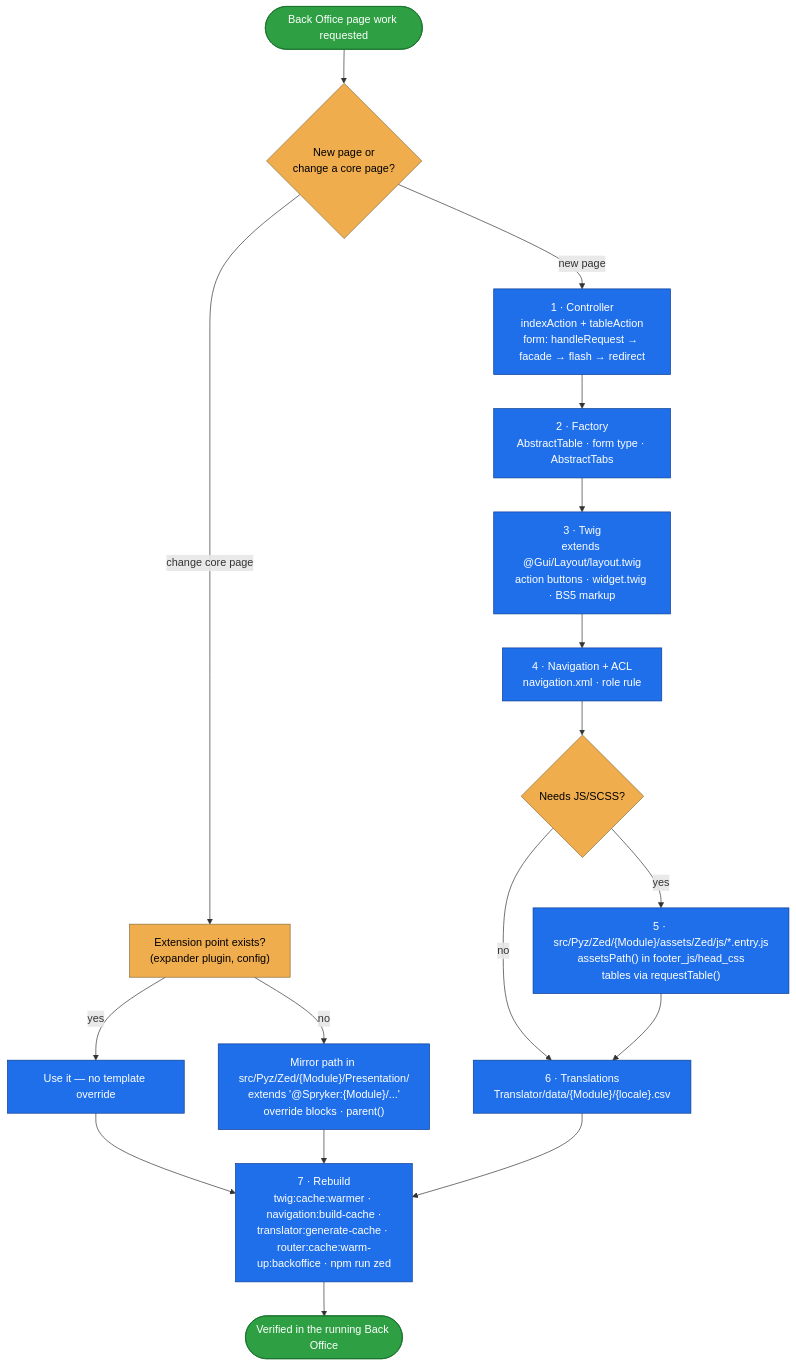
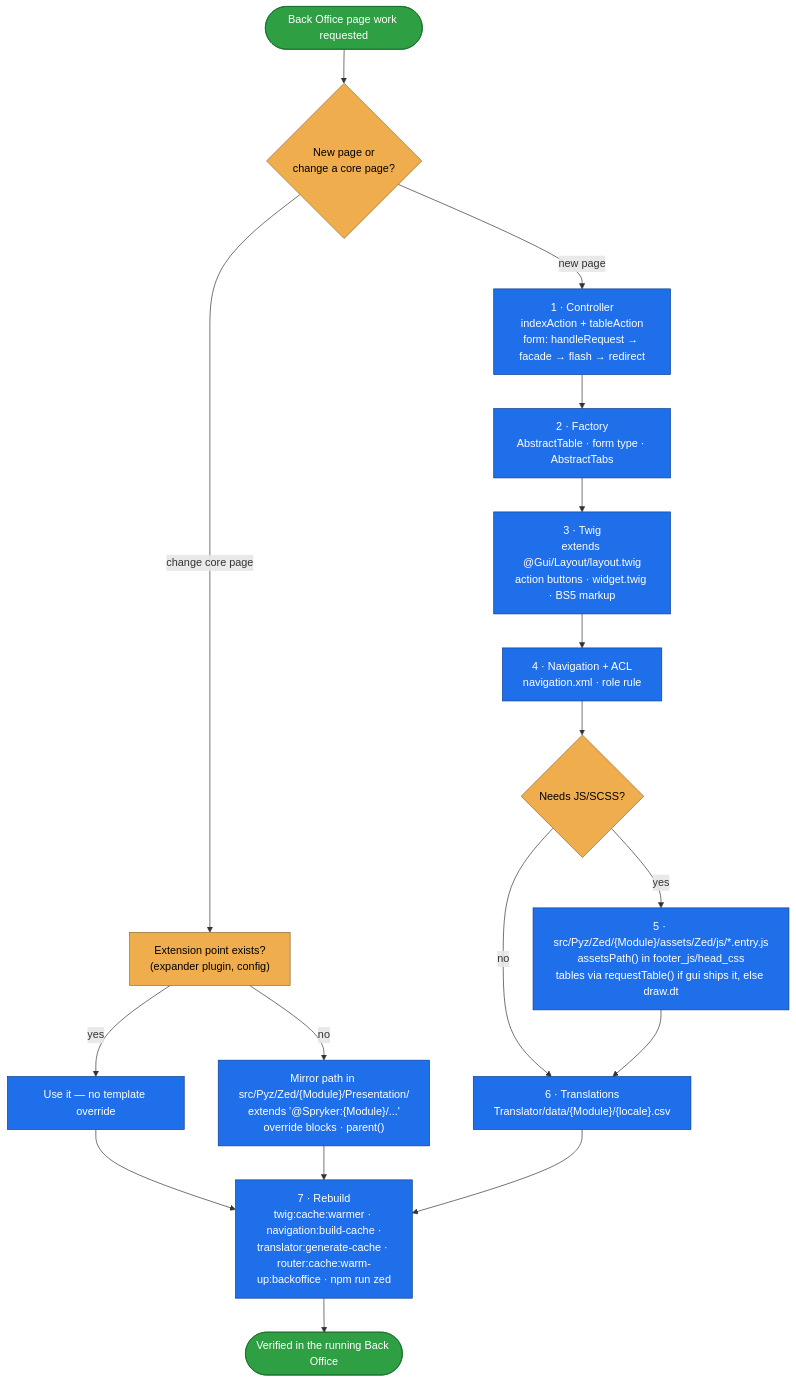
Before and after one commit to spryker-sdk/ai-dev: the diagram in plugins/spryker-ai-dev-sdk/skills/backoffice-frontend/README.md, drawn with Mermaid. The commit also changed other lines of this file and 19 other files, not shown here.

````diff
--- a/plugins/spryker-ai-dev-sdk/skills/backoffice-frontend/README.md
+++ b/plugins/spryker-ai-dev-sdk/skills/backoffice-frontend/README.md
@@ -31,29 +31,29 @@
 ```mermaid
 flowchart TD
     A([Back Office page work requested]) --> B{"New page or<br/>change a core page?"}
 
     B -- "change core page" --> O["Extension point exists?<br/>(expander plugin, config)"]
     O -- "yes" --> O1["Use it — no template override"]
     O -- "no" --> O2["Mirror path in src/Pyz/Zed/{Module}/Presentation/<br/>extends '@Spryker:{Module}/...'<br/>override blocks · parent()"]
 
     B -- "new page" --> C["1 · Controller<br/>indexAction + tableAction<br/>form: handleRequest → facade → flash → redirect"]
     C --> D["2 · Factory<br/>AbstractTable · form type · AbstractTabs"]
     D --> E["3 · Twig<br/>extends @Gui/Layout/layout.twig<br/>action buttons · widget.twig · BS5 markup"]
     E --> F["4 · Navigation + ACL<br/>navigation.xml · role rule"]
     F --> G{"Needs JS/SCSS?"}
-    G -- "yes" --> H["5 · src/Pyz/Zed/{Module}/assets/Zed/js/*.entry.js<br/>assetsPath() in footer_js/head_css<br/>tables via requestTable()"]
+    G -- "yes" --> H["5 · src/Pyz/Zed/{Module}/assets/Zed/js/*.entry.js<br/>assetsPath() in footer_js/head_css<br/>tables via requestTable() if gui ships it, else draw.dt"]
     G -- "no" --> T
     H --> T["6 · Translations<br/>Translator/data/{Module}/{locale}.csv"]
 
     O1 --> R
     O2 --> R
     T --> R["7 · Rebuild<br/>twig:cache:warmer · navigation:build-cache ·<br/>translator:generate-cache · router:cache:warm-up:backoffice · npm run zed"]
     R --> V([Verified in the running Back Office])
 
     classDef step fill:#1f6feb,stroke:#0b3d91,color:#fff;
     classDef decision fill:#f0ad4e,stroke:#8a6d3b,color:#000;
     classDef terminal fill:#2ea043,stroke:#176f2c,color:#fff;
     class C,D,E,F,H,T,O1,O2,R step;
     class B,O,G decision;
     class A,V terminal;
 ```
````
